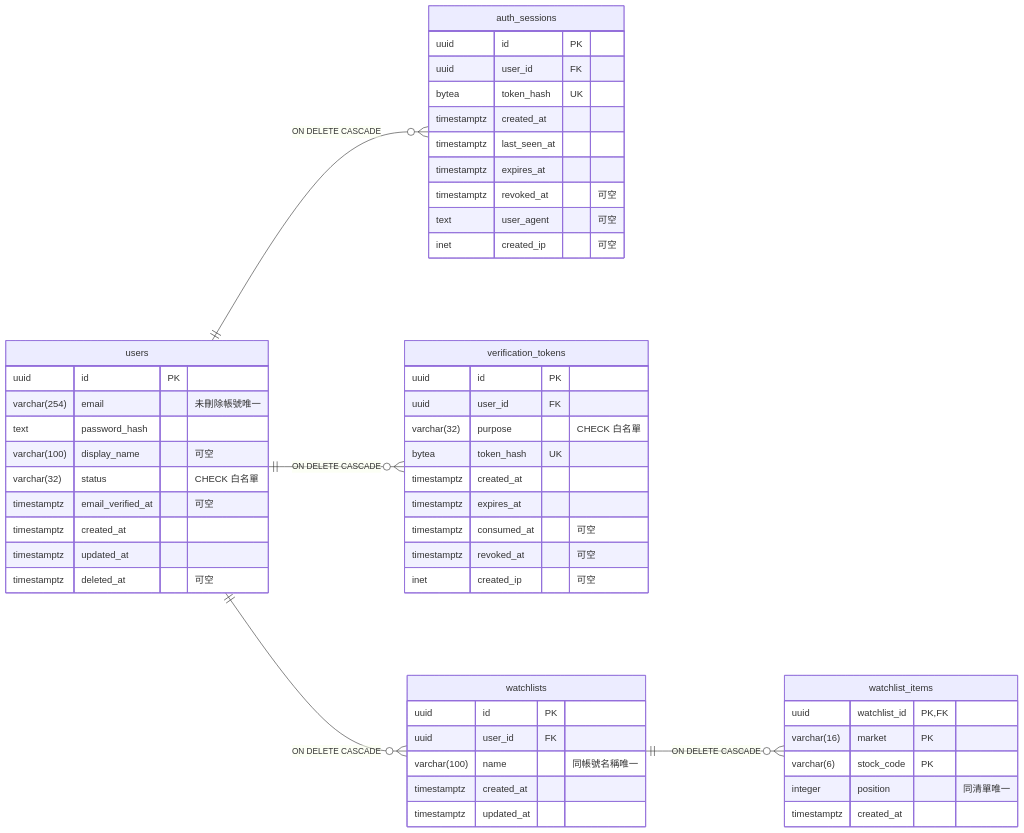
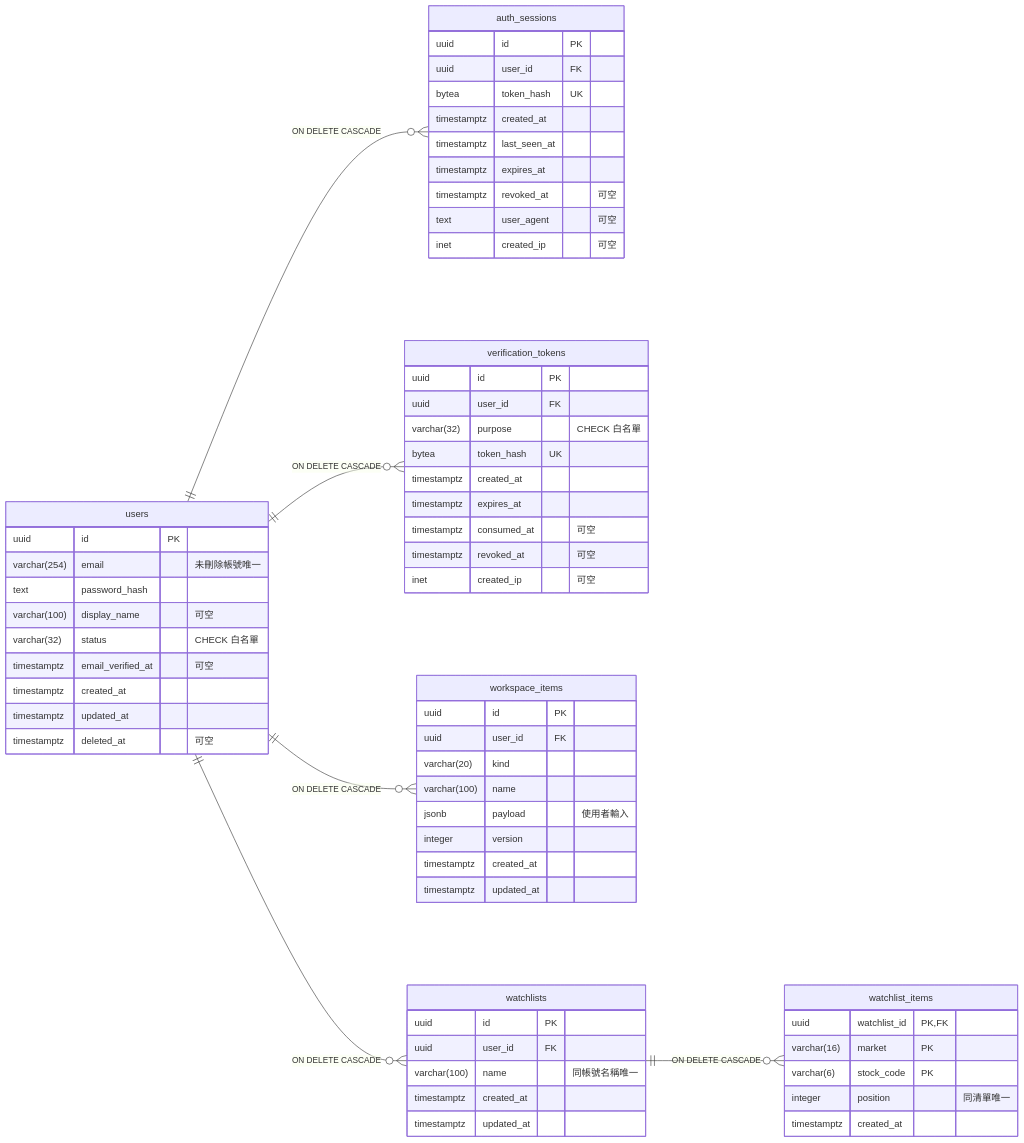
One commit to tw-stock-analysis/tw-stock-backend changed the diagram in docs/database-er.md. Above: the diagram before and after it, drawn with Mermaid. The commit also changed other lines of this file and 39 other files, not shown here.

````diff
--- a/docs/database-er.md
+++ b/docs/database-er.md
@@ -5,56 +5,67 @@
 ```mermaid
 erDiagram
     direction LR
     users ||--o{ auth_sessions : "ON DELETE CASCADE"
     users ||--o{ verification_tokens : "ON DELETE CASCADE"
+    users ||--o{ workspace_items : "ON DELETE CASCADE"
     users ||--o{ watchlists : "ON DELETE CASCADE"
     watchlists ||--o{ watchlist_items : "ON DELETE CASCADE"
 
     users {
         uuid id PK
         varchar(254) email "未刪除帳號唯一"
         text password_hash
         varchar(100) display_name "可空"
         varchar(32) status "CHECK 白名單"
         timestamptz email_verified_at "可空"
         timestamptz created_at
         timestamptz updated_at
         timestamptz deleted_at "可空"
     }
     auth_sessions {
         uuid id PK
         uuid user_id FK
         bytea token_hash UK
         timestamptz created_at
         timestamptz last_seen_at
         timestamptz expires_at
         timestamptz revoked_at "可空"
         text user_agent "可空"
         inet created_ip "可空"
     }
     verification_tokens {
         uuid id PK
         uuid user_id FK
         varchar(32) purpose "CHECK 白名單"
         bytea token_hash UK
         timestamptz created_at
         timestamptz expires_at
         timestamptz consumed_at "可空"
         timestamptz revoked_at "可空"
         inet created_ip "可空"
     }
     watchlists {
         uuid id PK
         uuid user_id FK
         varchar(100) name "同帳號名稱唯一"
         timestamptz created_at
         timestamptz updated_at
     }
+    workspace_items {
+        uuid id PK
+        uuid user_id FK
+        varchar(20) kind
+        varchar(100) name
+        jsonb payload "使用者輸入"
+        integer version
+        timestamptz created_at
+        timestamptz updated_at
+    }
     watchlist_items {
         uuid watchlist_id PK, FK
         varchar(16) market PK
         varchar(6) stock_code PK
         integer position "同清單唯一"
         timestamptz created_at
     }
 ```
````
